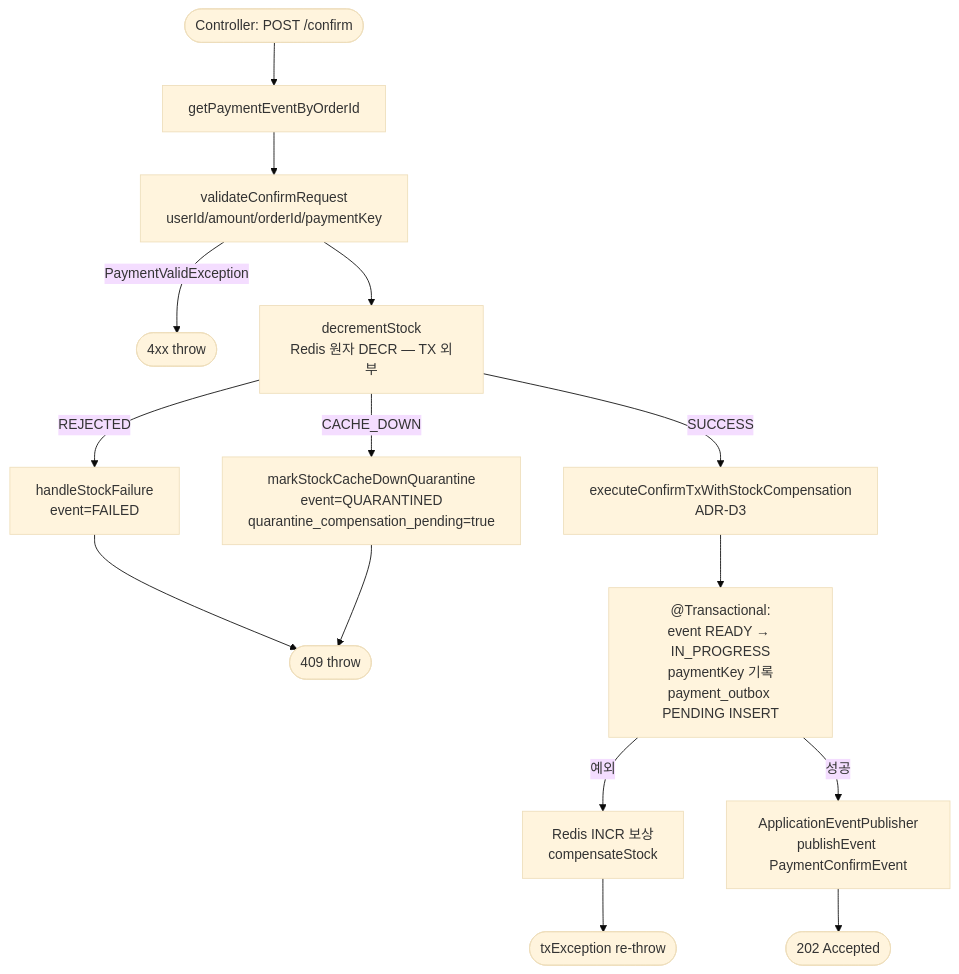
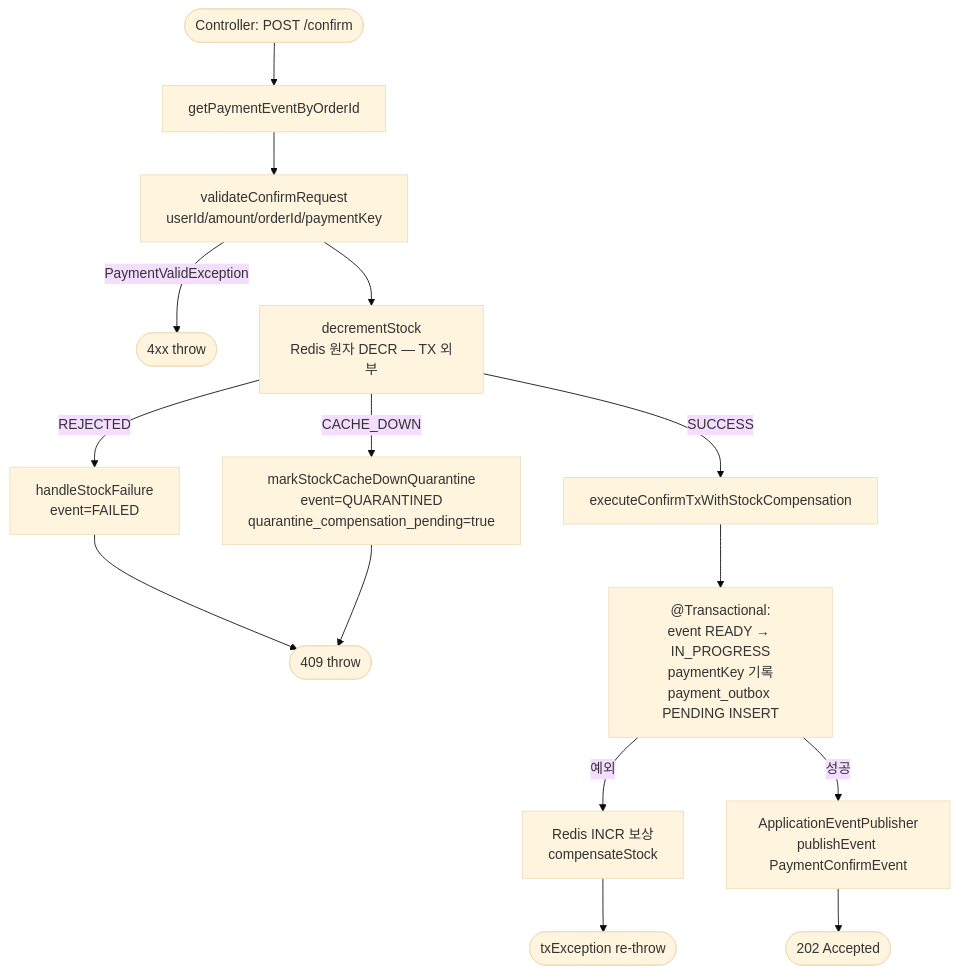
Before and after one commit to hyoguoo/payment-platform: the third of 9 diagrams in docs/context/CONFIRM-FLOW-FLOWCHART.md, drawn with Mermaid (base theme). The commit also changed other lines of this file and 185 other files, not shown here.

First line of the commit message:
docs: 워크플로우 식별자 / ADR 키워드 / 폐기 클래스 잔재 일괄 정리

````diff
--- a/docs/context/CONFIRM-FLOW-FLOWCHART.md
+++ b/docs/context/CONFIRM-FLOW-FLOWCHART.md
@@ -56,20 +56,20 @@
 ```mermaid
 flowchart TD
     A([Controller: POST /confirm]) --> B[getPaymentEventByOrderId]
     B --> LVAL[validateConfirmRequest<br/>userId/amount/orderId/paymentKey]
     LVAL -->|PaymentValidException| FAIL_4XX([4xx throw])
     LVAL --> DECR[decrementStock<br/>Redis 원자 DECR — TX 외부]
 
     DECR -->|REJECTED| RJ[handleStockFailure<br/>event=FAILED]
     DECR -->|CACHE_DOWN| CD[markStockCacheDownQuarantine<br/>event=QUARANTINED<br/>quarantine_compensation_pending=true]
-    DECR -->|SUCCESS| TX[executeConfirmTxWithStockCompensation<br/>ADR-D3]
+    DECR -->|SUCCESS| TX[executeConfirmTxWithStockCompensation]
 
     RJ --> FAIL_409([409 throw])
     CD --> FAIL_409
 
     TX --> TX_INNER[ @Transactional:<br/>event READY → IN_PROGRESS<br/>paymentKey 기록<br/>payment_outbox PENDING INSERT ]
     TX_INNER -->|예외| COMP[Redis INCR 보상<br/>compensateStock]
     COMP --> RETHROW([txException re-throw])
     TX_INNER -->|성공| PUB[ApplicationEventPublisher<br/>publishEvent PaymentConfirmEvent]
     PUB --> RESP([202 Accepted])
 ```
````
